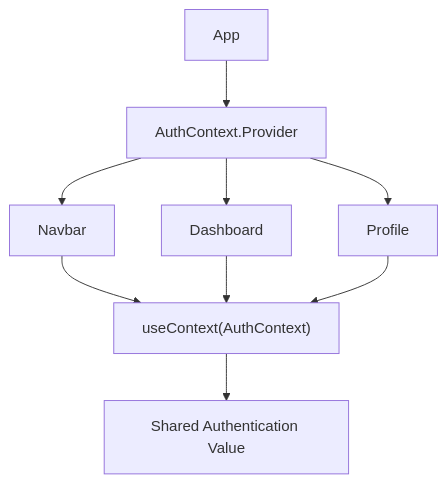
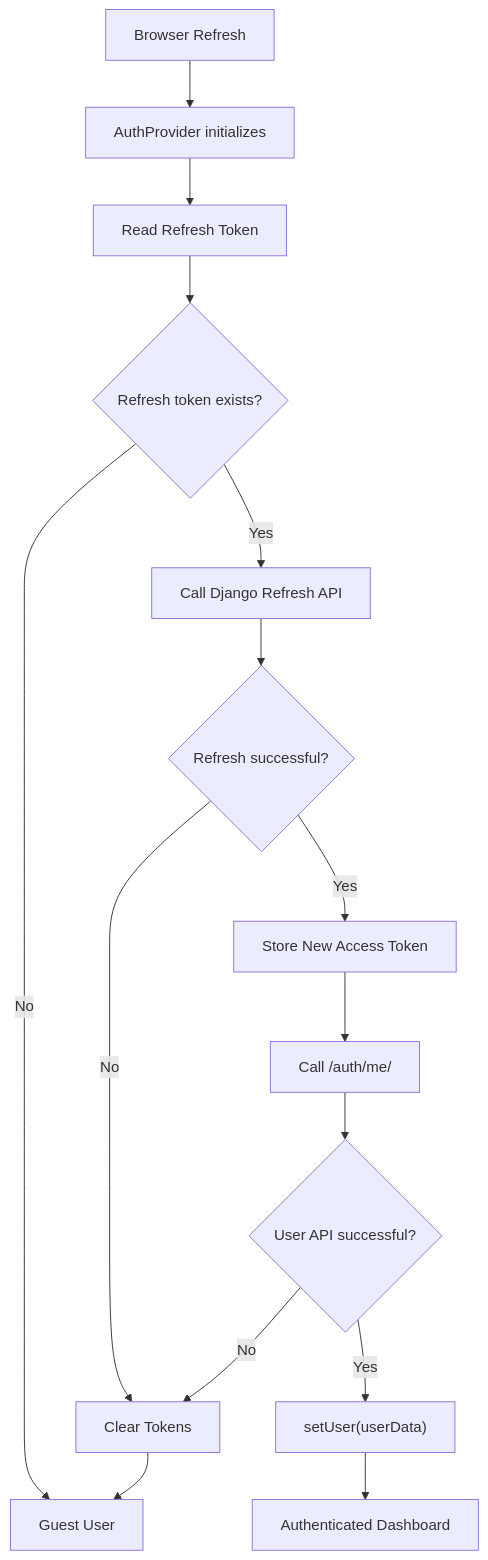
Before and after one commit to durgaprasadcodes/react-plus_django: the second of 2 diagrams in 1_frontend/README.md, drawn with Mermaid. The commit also changed other lines of this file and 9 other files, not shown here.

Commit message:
Login, Register & RefreshTOken Rotation JSX Creation in frontend

````diff
--- a/1_frontend/README.md
+++ b/1_frontend/README.md
@@ -3,12 +54,19 @@
 ```mermaid
 
 flowchart TD
-    A["App"] --> B["AuthContext.Provider"]
-    B --> C["Navbar"]
-    B --> D["Dashboard"]
-    B --> E["Profile"]
-    C --> F["useContext(AuthContext)"]
-    D --> F
-    E --> F
-    F --> G["Shared Authentication Value"]
+    A["Browser Refresh"] --> B["AuthProvider initializes"]
+    B --> C["Read Refresh Token"]
+    C --> D{"Refresh token exists?"}
+    D -->|No| E["Guest User"]
+    D -->|Yes| F["Call Django Refresh API"]
+    F --> G{"Refresh successful?"}
+    G -->|No| H["Clear Tokens"]
+    H --> E
+    G -->|Yes| I["Store New Access Token"]
+    I --> J["Call /auth/me/"]
+    J --> K{"User API successful?"}
+    K -->|Yes| L["setUser(userData)"]
+    K -->|No| H
+    L --> M["Authenticated Dashboard"]
+
 ```
````
